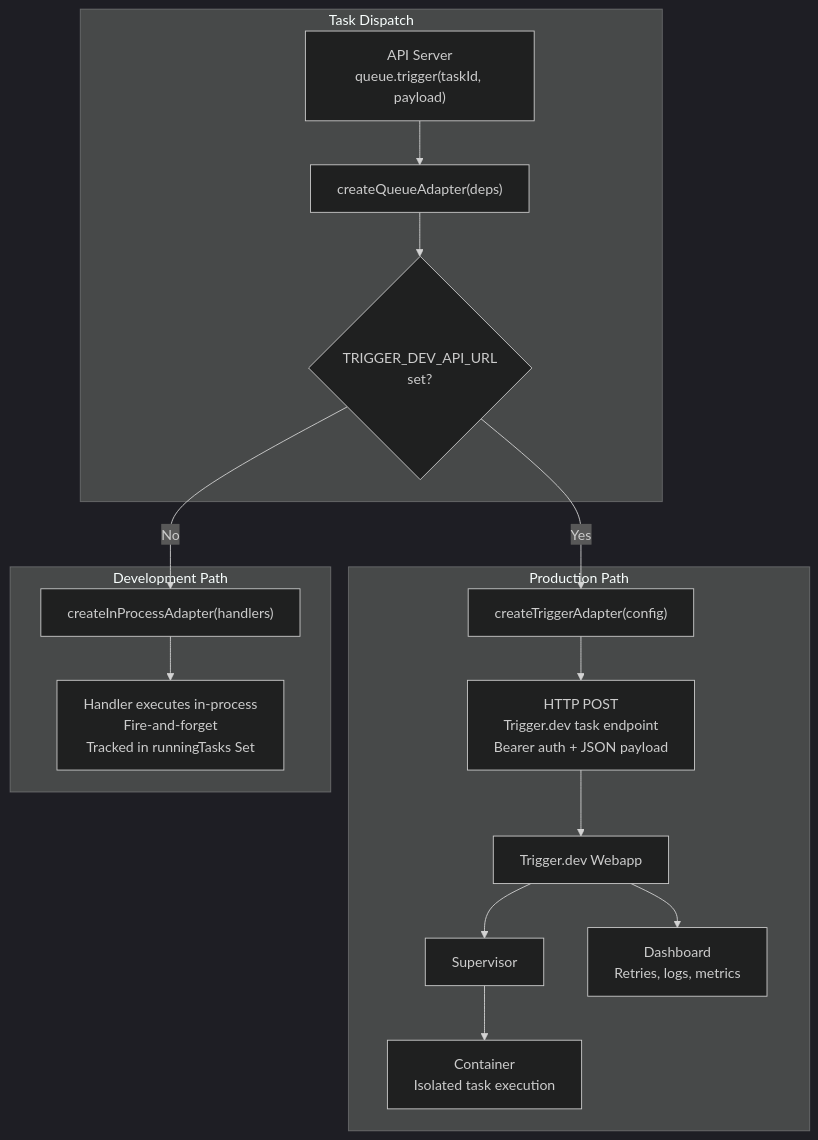
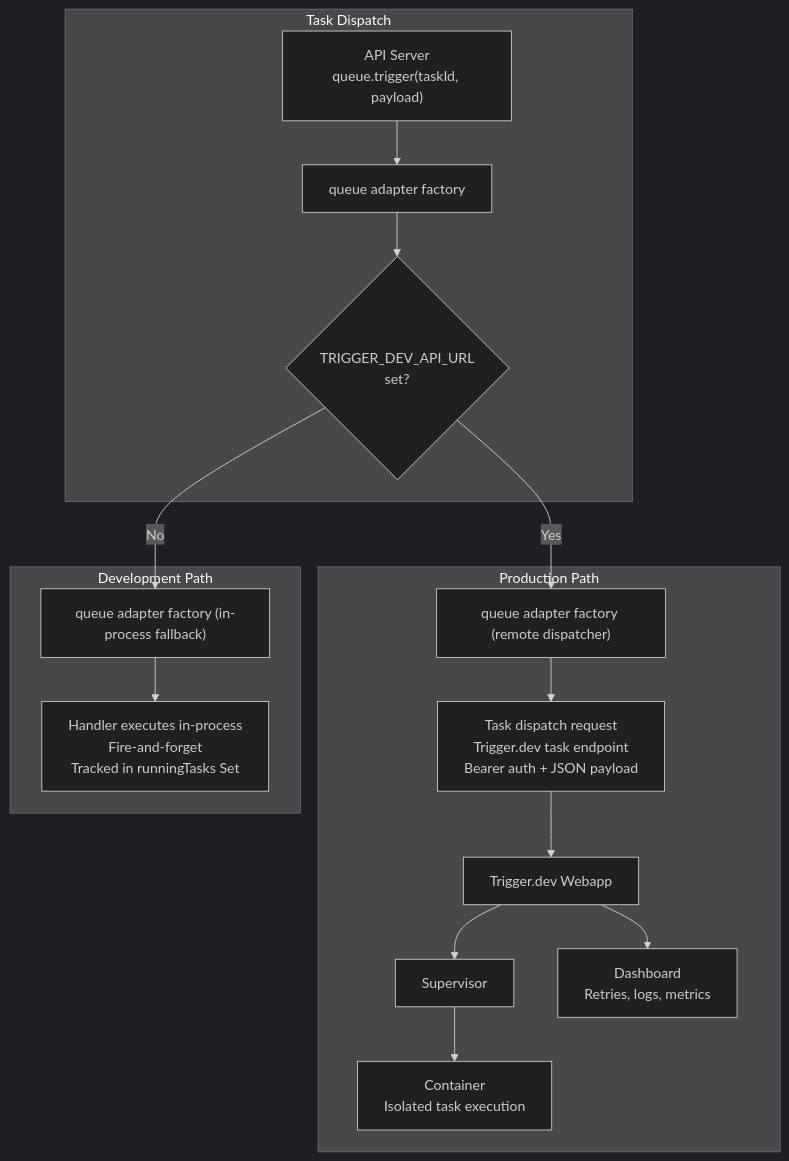
The eighth of 18 diagrams in plan/15-infrastructure.md (1qh/safeagent), drawn with Mermaid (dark theme) before and after one commit. The commit also changed other lines of this file and 18 other files, not shown here.

````diff
--- a/plan/15-infrastructure.md
+++ b/plan/15-infrastructure.md
@@ -321,30 +321,30 @@
 ```mermaid
 flowchart TB
     subgraph TASK_DISPATCH["Task Dispatch"]
         API_CALLER["API Server\nqueue.trigger(taskId, payload)"]
-        ADAPTER_FACTORY["createQueueAdapter(deps)"]
+        ADAPTER_FACTORY["queue adapter factory"]
         TRIGGER_ENV_CHECK{"TRIGGER_DEV_API_URL\nset?"}
         API_CALLER --> ADAPTER_FACTORY
         ADAPTER_FACTORY --> TRIGGER_ENV_CHECK
     end
     subgraph PRODUCTION_PATH["Production Path"]
-        TRIGGER_ADAPTER["createTriggerAdapter(config)"]
-        TRIGGER_HTTP_POST["HTTP POST\nTrigger.dev task endpoint\nBearer auth + JSON payload"]
+        TRIGGER_ADAPTER["queue adapter factory (remote dispatcher)"]
+        TRIGGER_HTTP_POST["Task dispatch request\nTrigger.dev task endpoint\nBearer auth + JSON payload"]
         TRIGGER_WEBAPP_SERVICE["Trigger.dev Webapp"]
         TRIGGER_SUPERVISOR_PROC["Supervisor"]
         TASK_CONTAINER["Container\nIsolated task execution"]
         TRIGGER_DASHBOARD["Dashboard\nRetries, logs, metrics"]
         TRIGGER_ENV_CHECK -->|Yes| TRIGGER_ADAPTER
         TRIGGER_ADAPTER --> TRIGGER_HTTP_POST
         TRIGGER_HTTP_POST --> TRIGGER_WEBAPP_SERVICE
         TRIGGER_WEBAPP_SERVICE --> TRIGGER_SUPERVISOR_PROC
         TRIGGER_SUPERVISOR_PROC --> TASK_CONTAINER
         TRIGGER_WEBAPP_SERVICE --> TRIGGER_DASHBOARD
     end
     subgraph DEVELOPMENT_PATH["Development Path"]
-        IN_PROCESS_ADAPTER["createInProcessAdapter(handlers)"]
+        IN_PROCESS_ADAPTER["queue adapter factory (in-process fallback)"]
         HANDLER_EXECUTION["Handler executes in-process\nFire-and-forget\nTracked in runningTasks Set"]
         TRIGGER_ENV_CHECK -->|No| IN_PROCESS_ADAPTER
         IN_PROCESS_ADAPTER --> HANDLER_EXECUTION
     end
 ```
````
